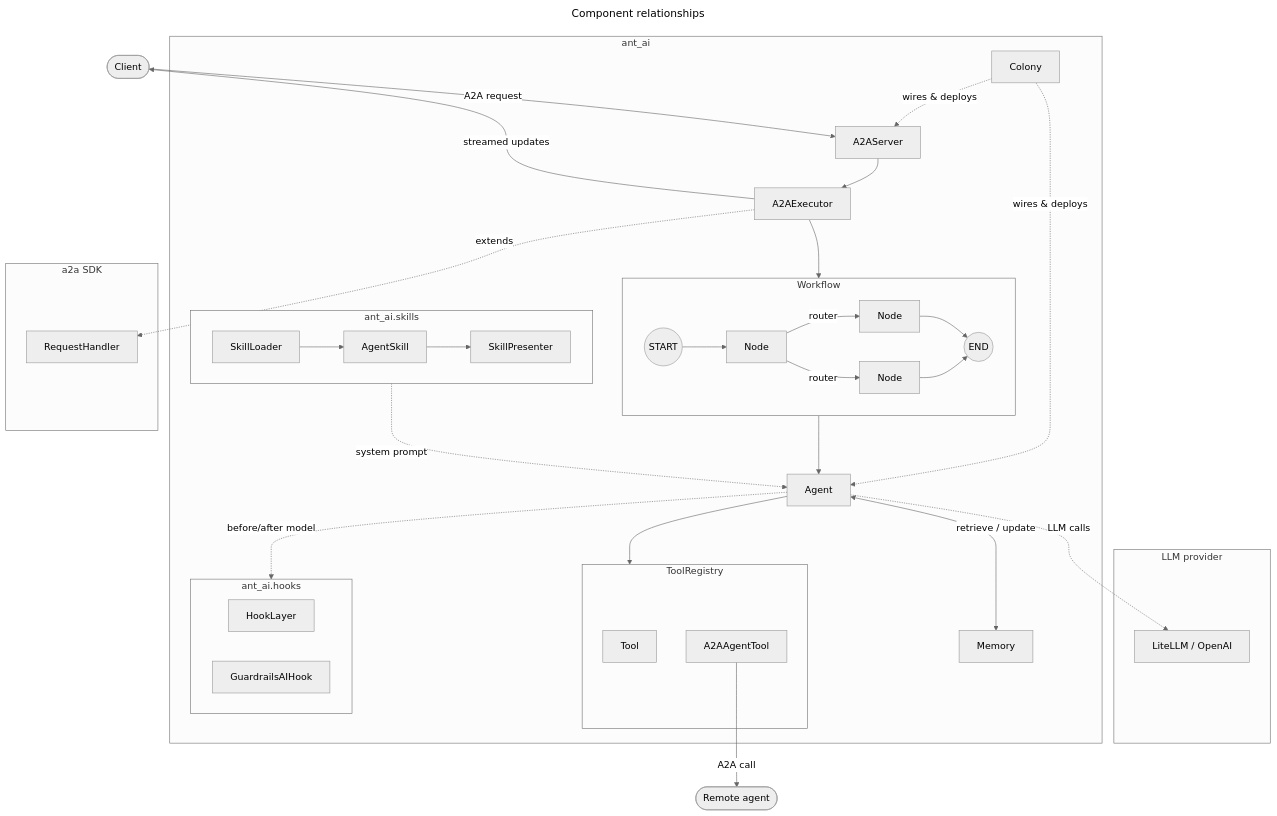
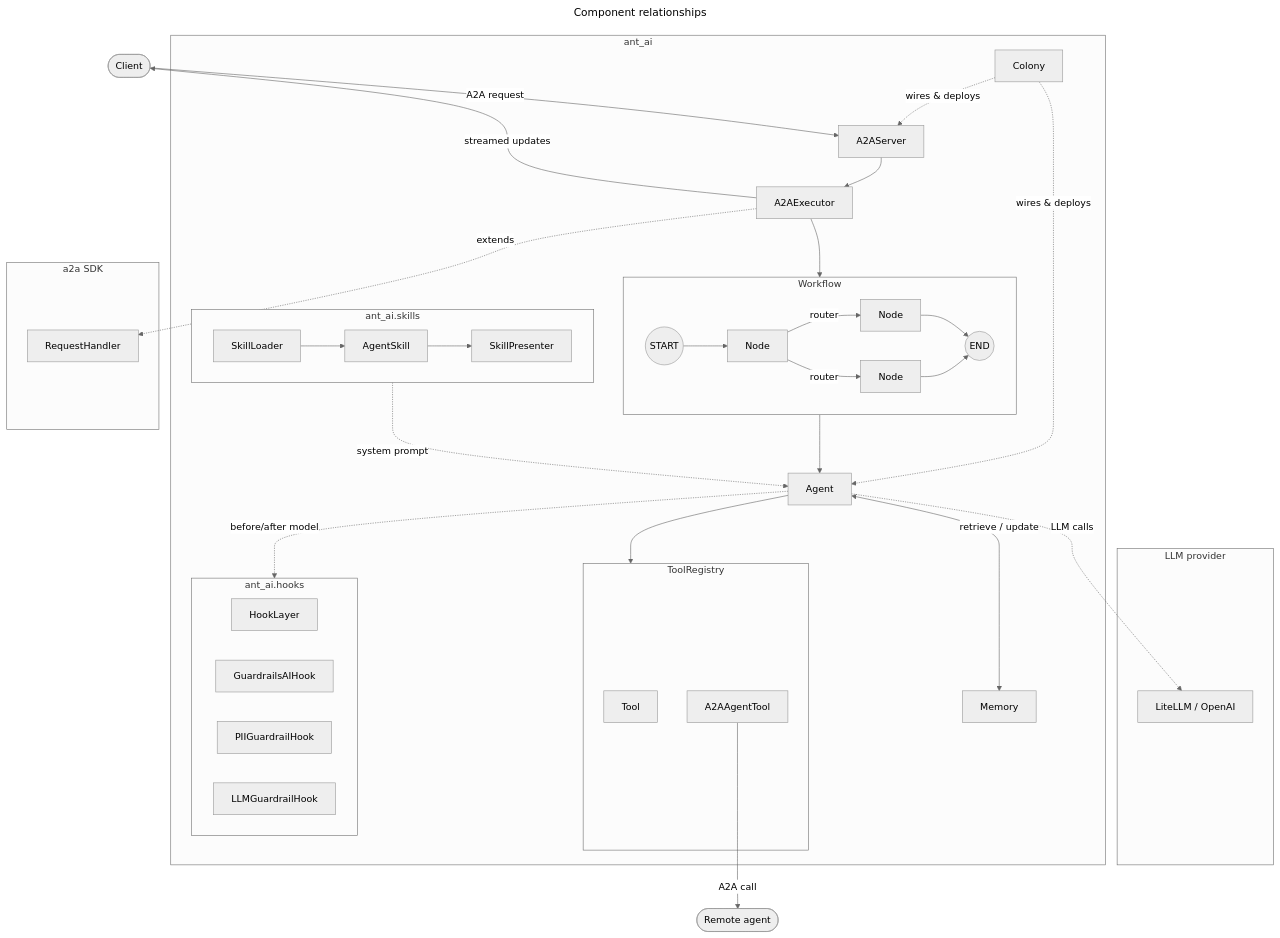
Before and after one commit to idea-idsia/ant-ai: the first of 2 diagrams in docs/docs/architecture/index.md, drawn with Mermaid (neutral theme). The commit also changed other lines of this file and 14 other files, not shown here.

````diff
--- a/docs/docs/architecture/index.md
+++ b/docs/docs/architecture/index.md
@@ -25,65 +25,67 @@
 ```mermaid
 ---
 title: Component relationships
 ---
 flowchart TD
     Client(["Client"])
     Remote(["Remote agent"])
 
     subgraph ext_llm["LLM provider"]
         LLM["LiteLLM / OpenAI"]
     end
 
     subgraph hm["ant_ai"]
         Colony["Colony"]
         A2AS["A2AServer"]
         Exec["A2AExecutor"]
         Agent["Agent"]
         Memory["Memory"]
 
         subgraph reg["ToolRegistry"]
             Tool["Tool"]
             A2AT["A2AAgentTool"]
         end
 
         subgraph wf["Workflow"]
             direction LR
             S(("START")) --> N1["Node"]
             N1 -->|router| N2["Node"]
             N1 -->|router| N3["Node"]
             N2 --> E(("END"))
             N3 --> E
         end
 
         subgraph skills["ant_ai.skills"]
             direction LR
             SkillLoader["SkillLoader"] --> AgentSkill["AgentSkill"]
             AgentSkill --> SkillPresenter["SkillPresenter"]
         end
 
         subgraph hooks_sub["ant_ai.hooks"]
             HookLayer["HookLayer"]
             GuardrailsHook["GuardrailsAIHook"]
+            PIIHook["PIIGuardrailHook"]
+            LLMGuardrail["LLMGuardrailHook"]
         end
 
         Colony -.->|"wires & deploys"| A2AS
         Colony -.->|"wires & deploys"| Agent
         A2AS --> Exec
         Exec --> wf
         wf --> Agent
         Agent --> reg
         SkillPresenter -.->|"system prompt"| Agent
         Agent <-->|"retrieve / update"| Memory
         Agent -.->|"before/after model"| hooks_sub
     end
 
     subgraph ext_a2a["a2a SDK"]
         SDK["RequestHandler"]
     end
 
     Client -->|"A2A request"| A2AS
     Exec -.->|"extends"| SDK
     Agent -.->|"LLM calls"| LLM
     A2AT -->|"A2A call"| Remote
     Exec -->|"streamed updates"| Client
 ```
````
